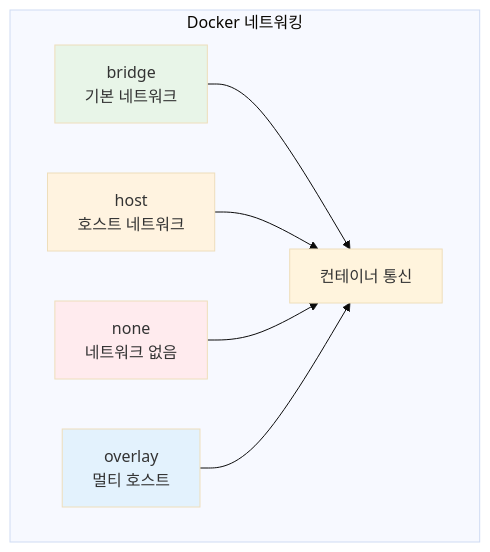
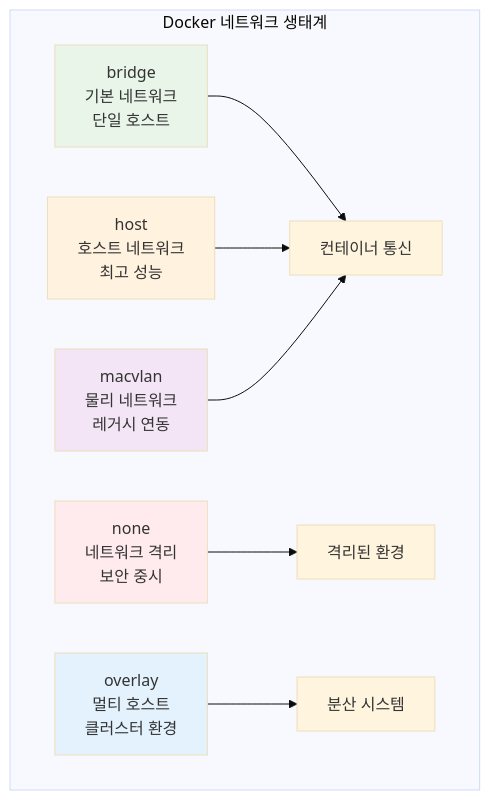
Before and after one commit to niceguy61/kdt_devops_lecture_2025: the second of 5 diagrams in theory/week_01/day3/session_3.md, drawn with Mermaid (base theme). The commit also changed other lines of this file and 1 other file, not shown here.

````diff
--- a/theory/week_01/day3/session_3.md
+++ b/theory/week_01/day3/session_3.md
@@ -61,14 +53,16 @@
 ```mermaid
 graph TB
-    subgraph "Docker 네트워킹"
-        A[bridge<br/>기본 네트워크] --> E[컨테이너 통신]
-        B[host<br/>호스트 네트워크] --> E
-        C[none<br/>네트워크 없음] --> E
-        D[overlay<br/>멀티 호스트] --> E
+    subgraph "Docker 네트워크 생태계"
+        A[bridge<br/>기본 네트워크<br/>단일 호스트] --> E[컨테이너 통신]
+        B[host<br/>호스트 네트워크<br/>최고 성능] --> E
+        C[none<br/>네트워크 격리<br/>보안 중시] --> F[격리된 환경]
+        D[overlay<br/>멀티 호스트<br/>클러스터 환경] --> G[분산 시스템]
+        H[macvlan<br/>물리 네트워크<br/>레거시 연동] --> E
     end
     
     style A fill:#e8f5e8
     style B fill:#fff3e0
     style C fill:#ffebee
     style D fill:#e3f2fd
+    style H fill:#f3e5f5
 ```
````
